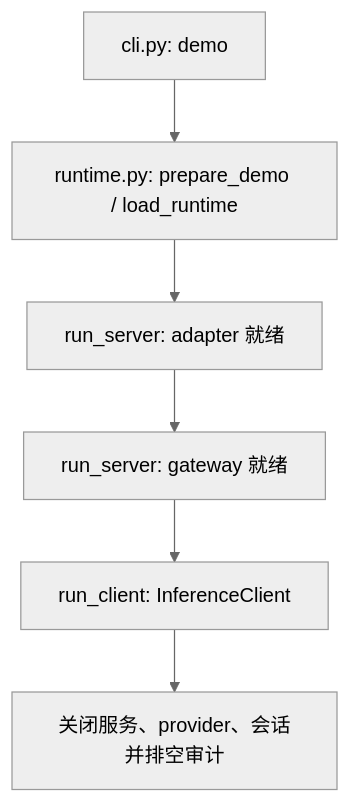
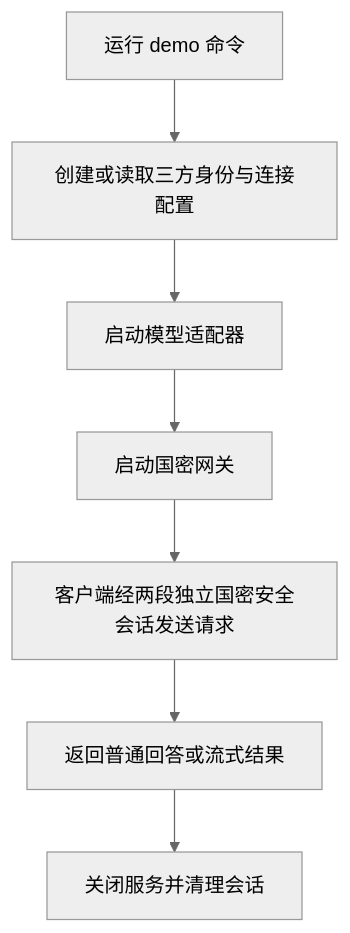
One commit to bljfy/gateway changed the second of 3 diagrams in README.md. Above: the diagram before and after it, drawn with Mermaid (neutral theme). The commit also changed other lines of this file and 1 other file, not shown here.

````diff
--- a/README.md
+++ b/README.md
@@ -73,8 +73,9 @@
 ```mermaid
 flowchart TD
-    CLI[cli.py: demo] --> INIT[runtime.py: prepare_demo / load_runtime]
-    INIT --> A[run_server: adapter 就绪]
-    A --> G[run_server: gateway 就绪]
-    G --> C[run_client: InferenceClient]
-    C --> CLEAN[关闭服务、provider、会话并排空审计]
+    CMD[运行 demo 命令] --> CONFIG[创建或读取三方身份与连接配置]
+    CONFIG --> ADAPTER[启动模型适配器]
+    ADAPTER --> GATEWAY[启动国密网关]
+    GATEWAY --> REQUEST[客户端经两段独立国密安全会话发送请求]
+    REQUEST --> RESULT[返回普通回答或流式结果]
+    RESULT --> STOP[关闭服务并清理会话]
 ```
````
